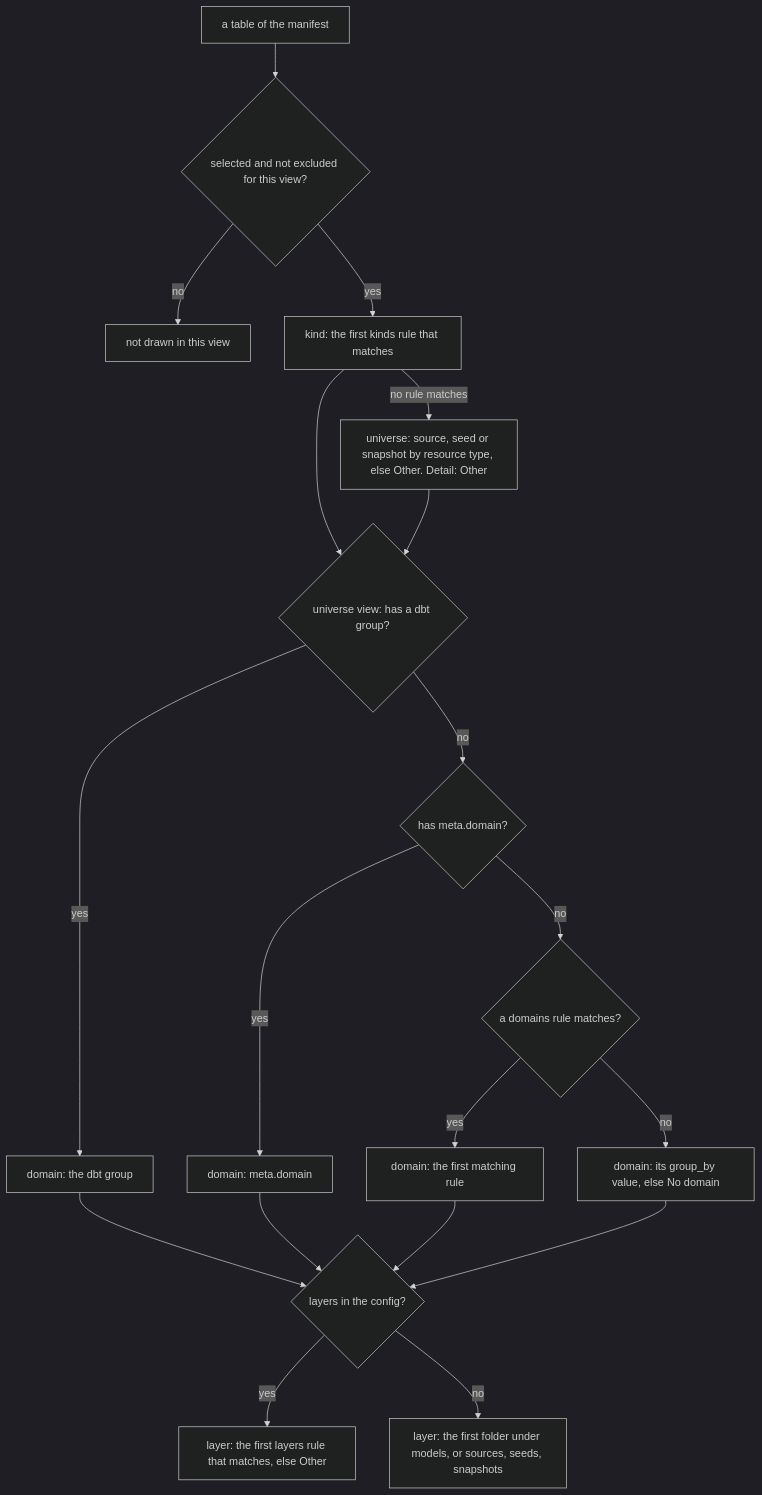
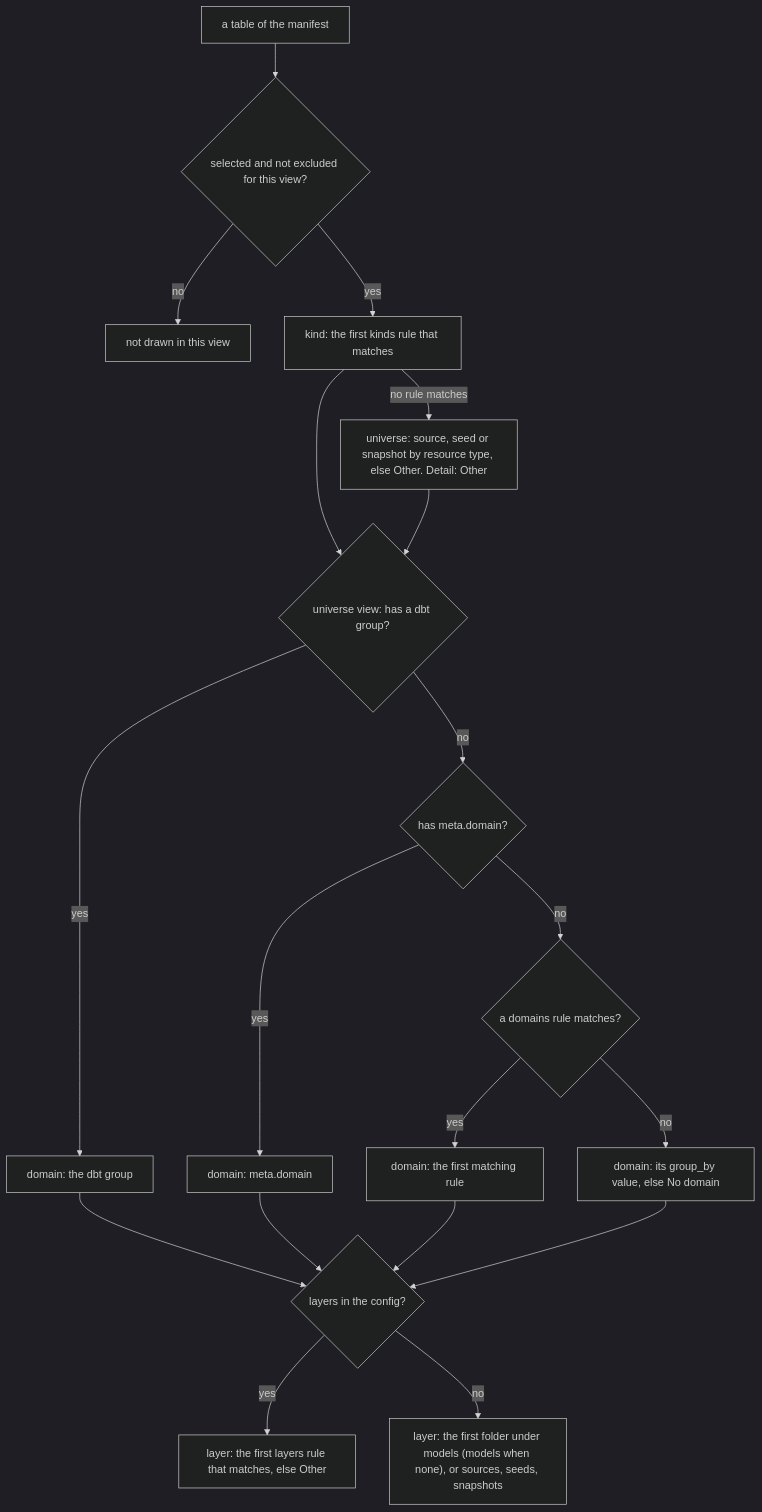
The fourth of 7 diagrams in docs/how-it-works.md (christophebnx/dbtscope), drawn with Mermaid (dark theme) before and after one commit. The commit also changed other lines of this file and 13 other files, not shown here.

````diff
--- a/docs/how-it-works.md
+++ b/docs/how-it-works.md
@@ -82,21 +82,21 @@
 ```mermaid
 flowchart TD
     A["a table of the manifest"] --> S{"selected and not excluded for this view?"}
     S -- no --> X["not drawn in this view"]
     S -- yes --> K["kind: the first kinds rule that matches"]
     K -- "no rule matches" --> KF["universe: source, seed or snapshot by resource type, else Other. Detail: Other"]
     K --> G{"universe view: has a dbt group?"}
     KF --> G
     G -- yes --> DG["domain: the dbt group"]
     G -- no --> M{"has meta.domain?"}
     M -- yes --> DM["domain: meta.domain"]
     M -- no --> R{"a domains rule matches?"}
     R -- yes --> DR["domain: the first matching rule"]
     R -- no --> GB["domain: its group_by value, else No domain"]
     DG --> LY{"layers in the config?"}
     DM --> LY
     DR --> LY
     GB --> LY
     LY -- yes --> L["layer: the first layers rule that matches, else Other"]
-    LY -- no --> LF["layer: the first folder under models, or sources, seeds, snapshots"]
+    LY -- no --> LF["layer: the first folder under models (models when none), or sources, seeds, snapshots"]
 ```
````
